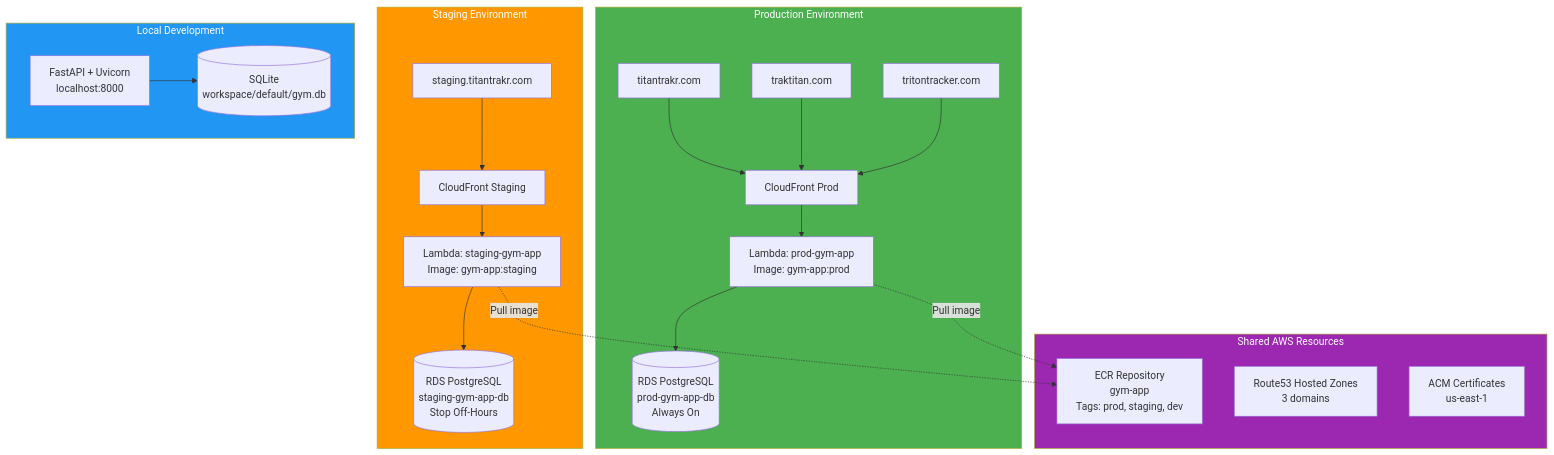
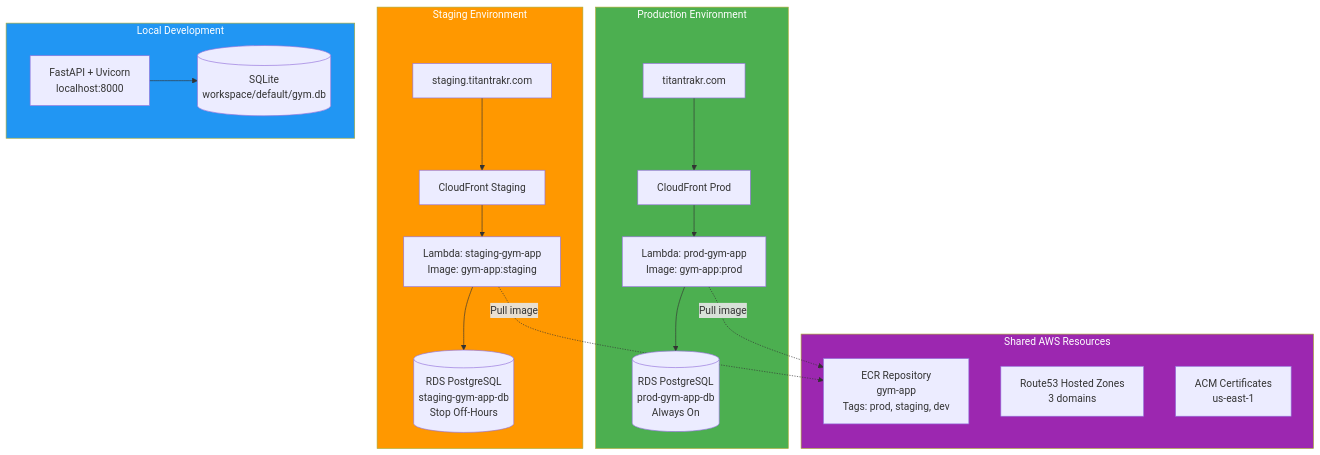
The seventh of 17 diagrams in infrastructure/AWS_DEPLOYMENT_ARCHITECTURE.md (fibbonacciBear/gym_app), drawn with Mermaid before and after one commit. The commit also changed other lines of this file and 57 other files, not shown here.

````diff
--- a/infrastructure/AWS_DEPLOYMENT_ARCHITECTURE.md
+++ b/infrastructure/AWS_DEPLOYMENT_ARCHITECTURE.md
@@ -317,49 +315,45 @@
 ```mermaid
 graph TB
     subgraph Production["Production Environment"]
         ProdDomain1[titantrakr.com]
-        ProdDomain2[traktitan.com]
-        ProdDomain3[tritontracker.com]
         ProdCF[CloudFront Prod]
         ProdLambda[Lambda: prod-gym-app<br/>Image: gym-app:prod]
         ProdDB[(RDS PostgreSQL<br/>prod-gym-app-db<br/>Always On)]
         
         ProdDomain1 --> ProdCF
-        ProdDomain2 --> ProdCF
-        ProdDomain3 --> ProdCF
         ProdCF --> ProdLambda
         ProdLambda --> ProdDB
     end
     
     subgraph Staging["Staging Environment"]
         StageDomain[staging.titantrakr.com]
         StageCF[CloudFront Staging]
         StageLambda[Lambda: staging-gym-app<br/>Image: gym-app:staging]
         StageDB[(RDS PostgreSQL<br/>staging-gym-app-db<br/>Stop Off-Hours)]
         
         StageDomain --> StageCF
         StageCF --> StageLambda
         StageLambda --> StageDB
     end
     
     subgraph Local["Local Development"]
         LocalApp[FastAPI + Uvicorn<br/>localhost:8000]
         LocalDB[(SQLite<br/>workspace/default/gym.db)]
         
         LocalApp --> LocalDB
     end
     
     subgraph Shared["Shared AWS Resources"]
         ECR[ECR Repository<br/>gym-app<br/>Tags: prod, staging, dev]
         Route53[Route53 Hosted Zones<br/>3 domains]
         ACM[ACM Certificates<br/>us-east-1]
     end
     
     ProdLambda -.->|Pull image| ECR
     StageLambda -.->|Pull image| ECR
     
     style Production fill:#4CAF50,color:#fff
     style Staging fill:#FF9800,color:#fff
     style Local fill:#2196F3,color:#fff
     style Shared fill:#9C27B0,color:#fff
 ```
````
